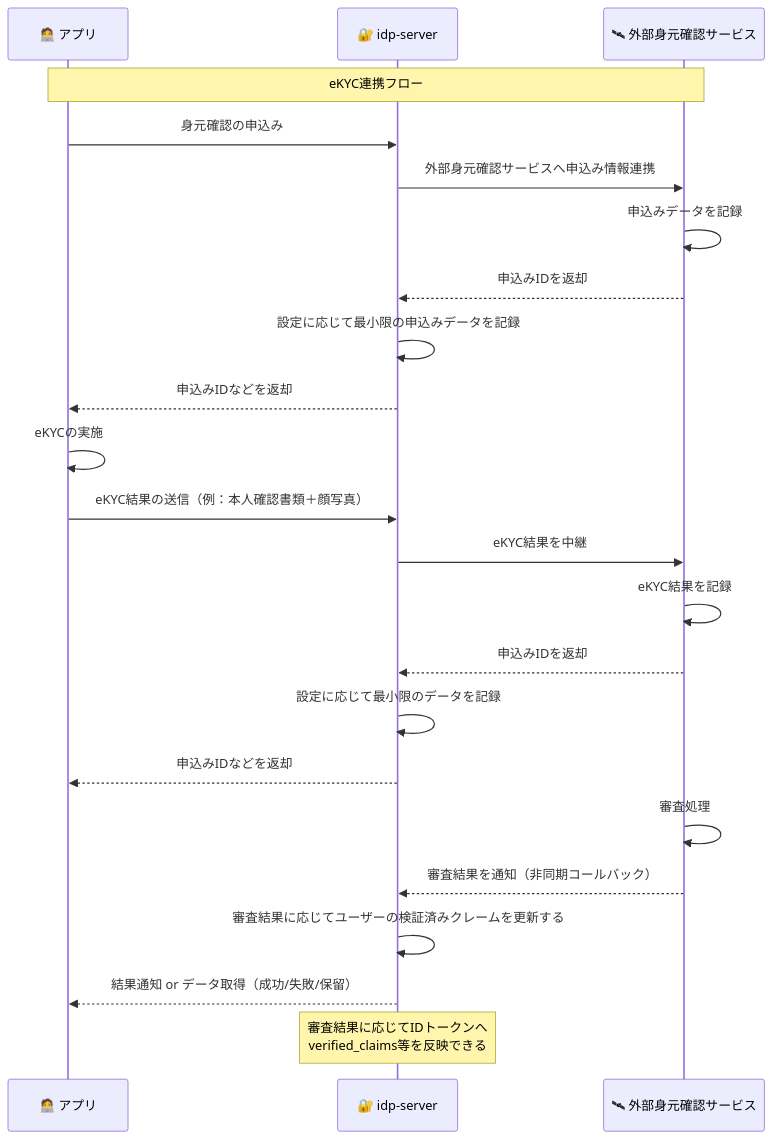
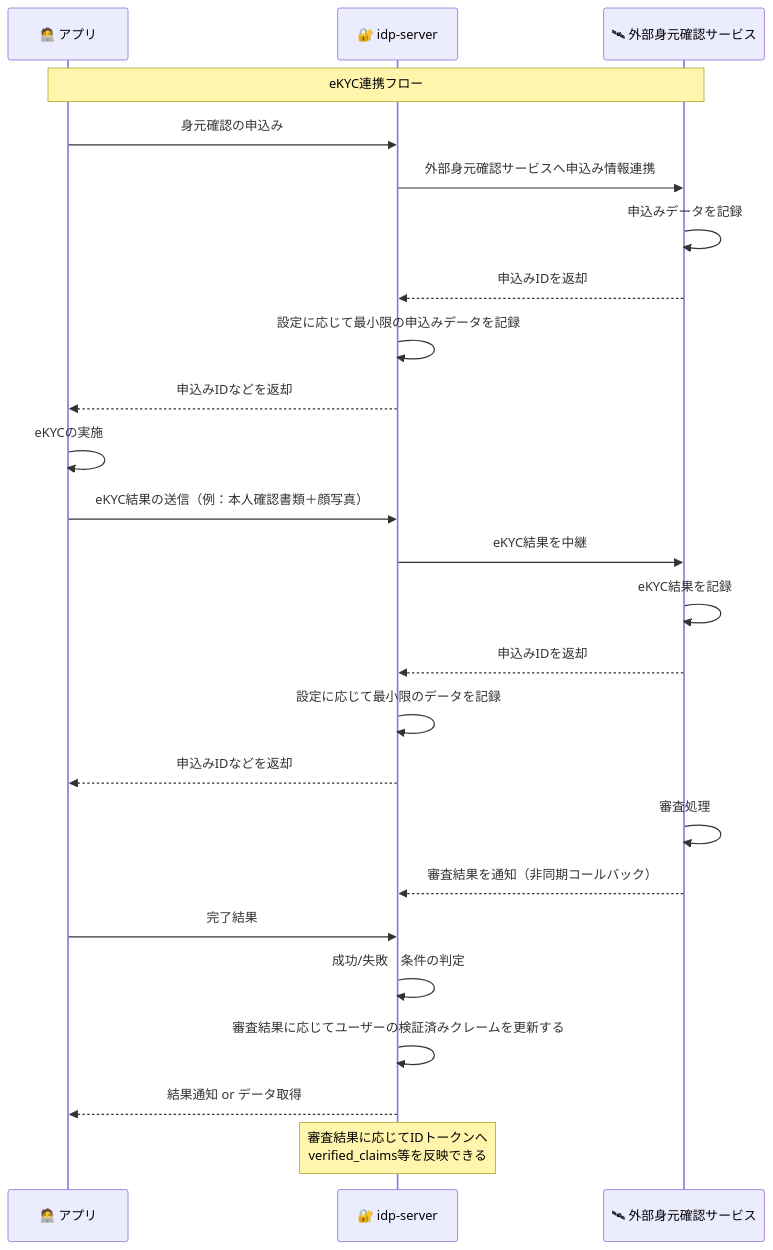
Before and after one commit to hirokazu-kobayashi-koba-hiro/idp-server: the first of 2 diagrams in documentation/i18n/ja/docusaurus-plugin-content-docs/current/id-verified.md, drawn with Mermaid. The commit also changed 13 other files, not shown here.

````diff
--- a/documentation/i18n/ja/docusaurus-plugin-content-docs/current/id-verified.md
+++ b/documentation/i18n/ja/docusaurus-plugin-content-docs/current/id-verified.md
@@ -38,32 +38,34 @@
 ```mermaid
 sequenceDiagram
     participant App as 🧑‍💻 アプリ
     participant IdP as 🔐 idp-server
     participant EKYC as 🛰 外部身元確認サービス
 
     Note over App,EKYC: eKYC連携フロー
 
     App->>IdP: 身元確認の申込み
     IdP->>EKYC: 外部身元確認サービスへ申込み情報連携
     EKYC->>EKYC: 申込みデータを記録
     EKYC-->>IdP: 申込みIDを返却
     IdP->>IdP: 設定に応じて最小限の申込みデータを記録
     IdP-->>App: 申込みIDなどを返却
     
     App->>App: eKYCの実施
     App->>IdP: eKYC結果の送信（例：本人確認書類＋顔写真）
     IdP->>EKYC: eKYC結果を中継
     EKYC->>EKYC: eKYC結果を記録
     EKYC-->>IdP: 申込みIDを返却
     IdP->>IdP: 設定に応じて最小限のデータを記録
     IdP-->>App: 申込みIDなどを返却
     
     EKYC->>EKYC: 審査処理
 
     EKYC-->>IdP: 審査結果を通知（非同期コールバック）
+    App ->>IdP: 完了結果
+    IdP ->>IdP: 成功/失敗　条件の判定
     IdP->>IdP: 審査結果に応じてユーザーの検証済みクレームを更新する
-    IdP-->>App: 結果通知 or データ取得（成功/失敗/保留）
+    IdP-->>App: 結果通知 or データ取得
 
     Note over IdP: 審査結果に応じてIDトークンへ<br/>verified_claims等を反映できる
 
 ```
````
